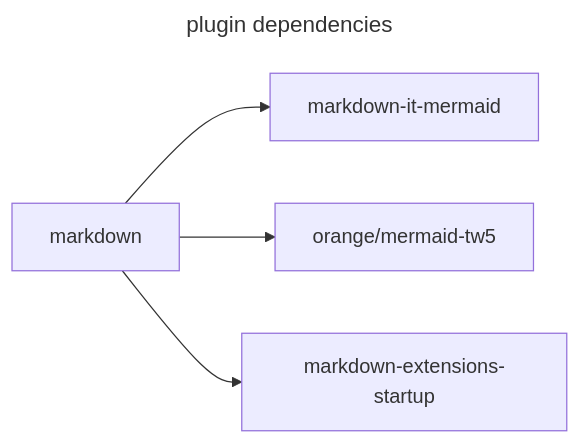
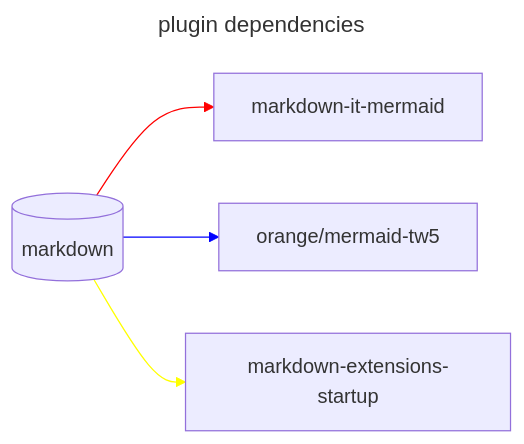
The diagram in plugins/oeyoews/markdown-it-mermaid/readme.md (oeyoews/tiddlywiki-starter-kit), drawn with Mermaid before and after one commit.

````diff
--- a/plugins/oeyoews/markdown-it-mermaid/readme.md
+++ b/plugins/oeyoews/markdown-it-mermaid/readme.md
@@ -3,7 +3,10 @@
 ```mermaid forest
 ---
 title: plugin dependencies
 ---
 graph LR;
-markdown --> markdown-it-mermaid & orange/mermaid-tw5 & markdown-extensions-startup
+a[(markdown)] --> markdown-it-mermaid & orange/mermaid-tw5 & markdown-extensions-startup
+		linkStyle 0 stroke:red;
+		linkStyle 1 stroke:blue;
+		linkStyle 2 stroke:yellow;
 ```
````
